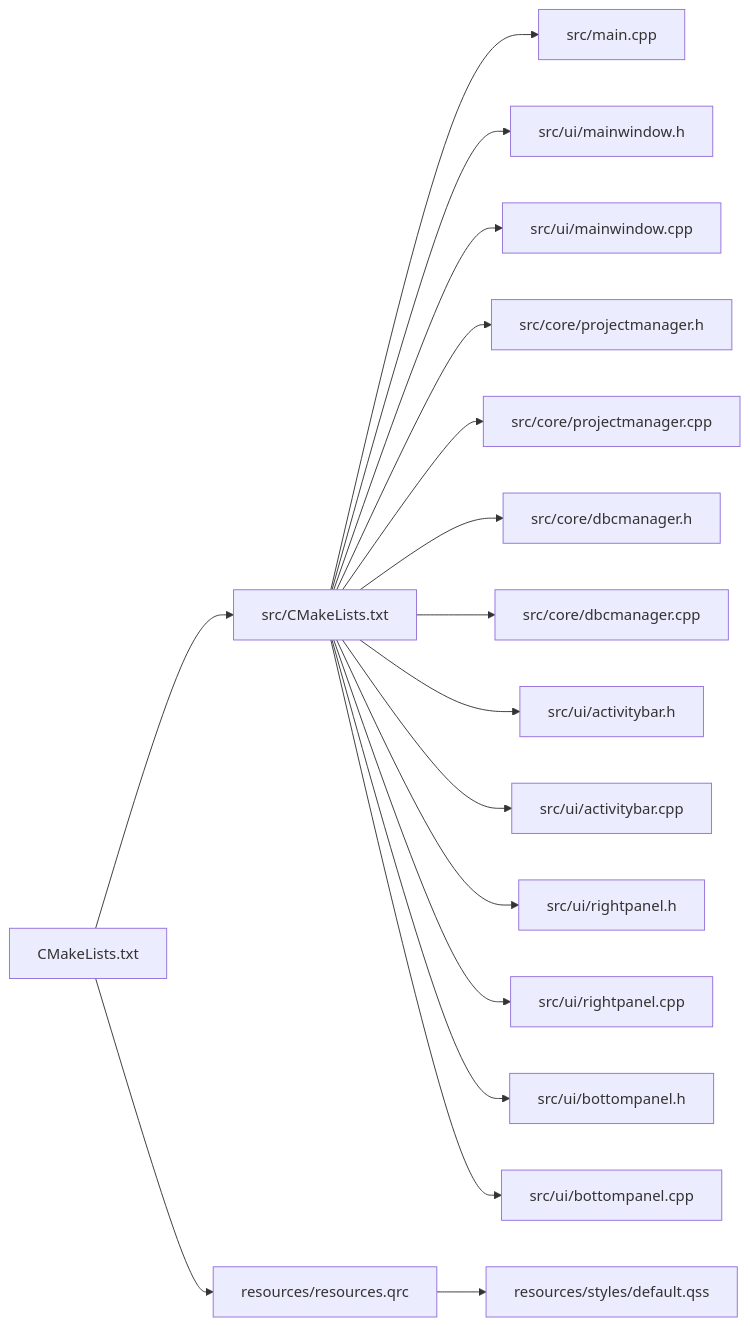
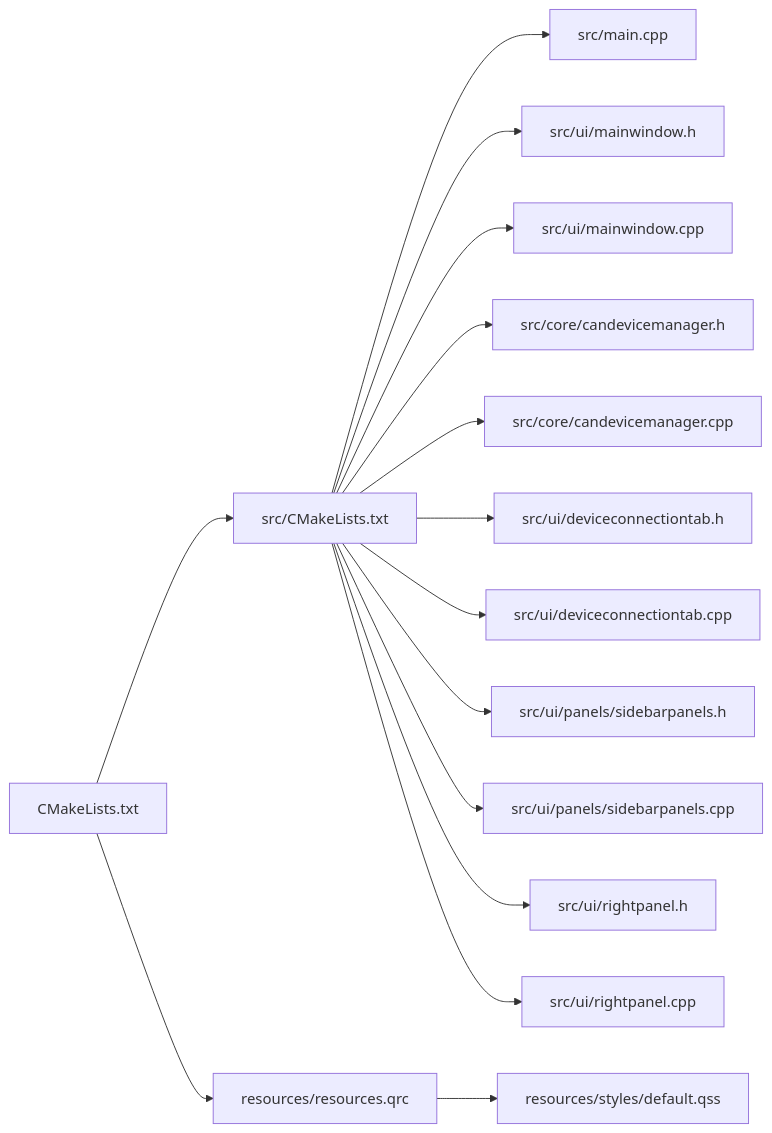
Before and after one commit to jakecai1225-design/OpenBus: the seventh of 7 diagrams in .qoder/repowiki/zh/content/核心模块详解/主窗口组件.md, drawn with Mermaid. The commit also changed other lines of this file and 16 other files, not shown here.

````diff
--- a/.qoder/repowiki/zh/content/核心模块详解/主窗口组件.md
+++ b/.qoder/repowiki/zh/content/核心模块详解/主窗口组件.md
@@ -449,19 +425,17 @@
 ```mermaid
 graph LR
 CMake["CMakeLists.txt"] --> SrcCMake["src/CMakeLists.txt"]
 SrcCMake --> MainCPP["src/main.cpp"]
 SrcCMake --> MW_H["src/ui/mainwindow.h"]
 SrcCMake --> MW_CPP["src/ui/mainwindow.cpp"]
-SrcCMake --> PM_H["src/core/projectmanager.h"]
-SrcCMake --> PM_CPP["src/core/projectmanager.cpp"]
-SrcCMake --> DBM_H["src/core/dbcmanager.h"]
-SrcCMake --> DBM_CPP["src/core/dbcmanager.cpp"]
-SrcCMake --> ACT_H["src/ui/activitybar.h"]
-SrcCMake --> ACT_CPP["src/ui/activitybar.cpp"]
+SrcCMake --> CDM_H["src/core/candevicemanager.h"]
+SrcCMake --> CDM_CPP["src/core/candevicemanager.cpp"]
+SrcCMake --> DCT_H["src/ui/deviceconnectiontab.h"]
+SrcCMake --> DCT_CPP["src/ui/deviceconnectiontab.cpp"]
+SrcCMake --> SP_H["src/ui/panels/sidebarpanels.h"]
+SrcCMake --> SP_CPP["src/ui/panels/sidebarpanels.cpp"]
 SrcCMake --> RP_H["src/ui/rightpanel.h"]
 SrcCMake --> RP_CPP["src/ui/rightpanel.cpp"]
-SrcCMake --> BP_H["src/ui/bottompanel.h"]
-SrcCMake --> BP_CPP["src/ui/bottompanel.cpp"]
 CMake --> QRC["resources/resources.qrc"]
 QRC --> QSS["resources/styles/default.qss"]
 ```
````
